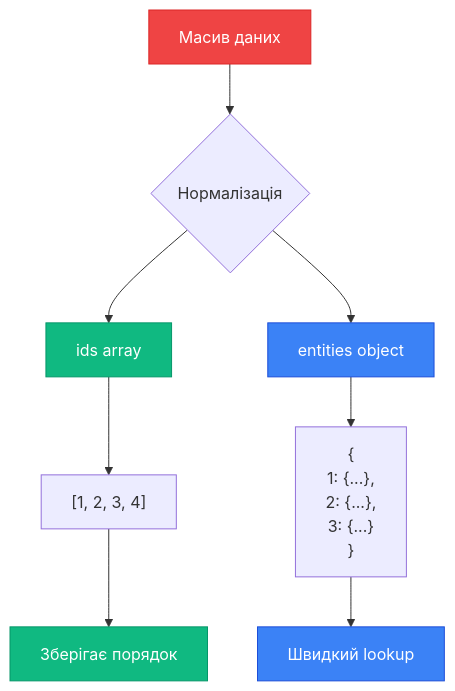
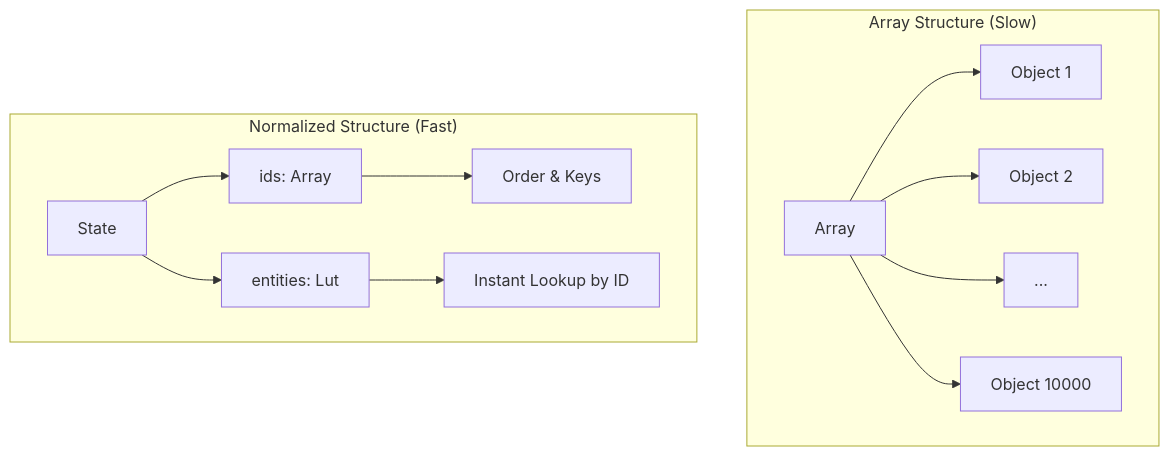
One commit to arakviel/kostyl.dev changed the diagram in content/03.javascript/04.react/06.redux/04.redux-toolkit/04.entity-adapter.md. Above: the diagram before and after it, drawn with Mermaid. The commit also changed other lines of this file and 222 other files, not shown here.

````diff
--- a/content/03.javascript/04.react/06.redux/04.redux-toolkit/04.entity-adapter.md
+++ b/content/03.javascript/04.react/06.redux/04.redux-toolkit/04.entity-adapter.md
@@ -67,18 +60,16 @@
 ```mermaid
-graph TB
-    A[Масив даних] --> B{Нормалізація}
-    B --> C[ids array]
-    B --> D[entities object]
+graph TD
+subgraph "Array Structure (Slow)"
+A[Array] --> B[Object 1]
+A --> C[Object 2]
+A --> D[...]
+A --> E[Object 10000]
+end
 
-    C --> E["[1, 2, 3, 4]"]
-    D --> F["{<br/>  1: {...},<br/>  2: {...},<br/>  3: {...}<br/>}"]
-
-    E --> G[Зберігає порядок]
-    F --> H[Швидкий lookup]
-
-    style A fill:#ef4444,stroke:#dc2626,color:#ffffff
-    style C fill:#10b981,stroke:#059669,color:#ffffff
-    style D fill:#3b82f6,stroke:#1d4ed8,color:#ffffff
-    style G fill:#10b981,stroke:#059669,color:#ffffff
-    style H fill:#3b82f6,stroke:#1d4ed8,color:#ffffff
+    subgraph "Normalized Structure (Fast)"
+    F[State] --> G[ids: Array<ID>]
+    F --> H[entities: Lut<ID, Entity>]
+    G --> I[Order & Keys]
+    H --> J[Instant Lookup by ID]
+    end
 ```
````
